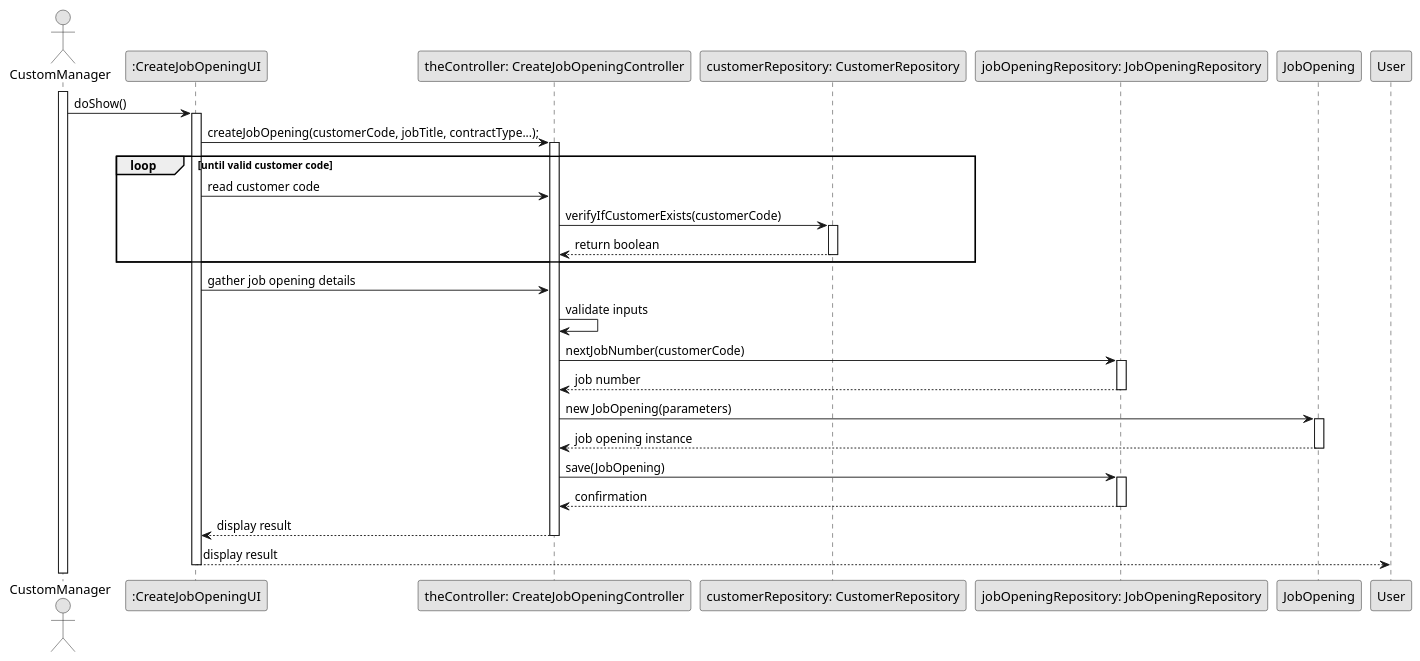
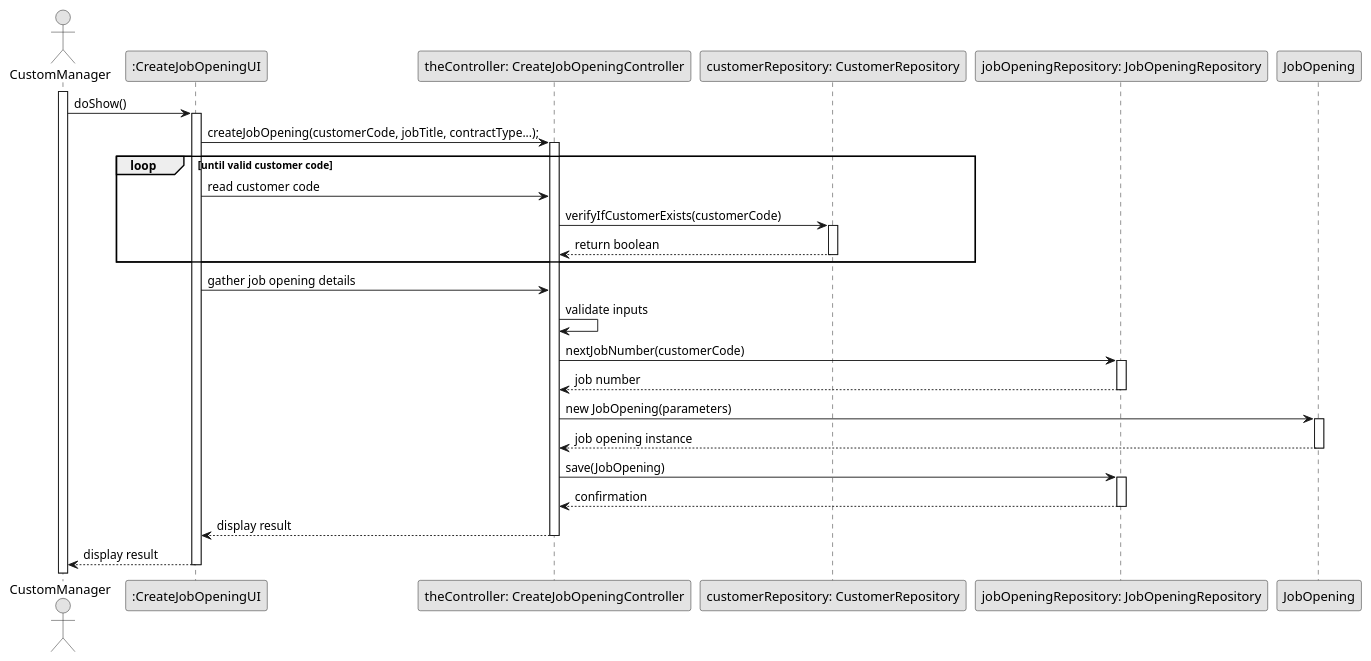
The diagram in docs/sprintB/US1002/03.design/puml/SD_RegisterJobOpening.puml (Mendoncaa/LAPR4), drawn with PlantUML before and after one commit. The commit also changed 1 other file, not shown here.

```diff
--- a/docs/sprintB/US1002/03.design/puml/SD_RegisterJobOpening.puml
+++ b/docs/sprintB/US1002/03.design/puml/SD_RegisterJobOpening.puml
@@ -1,51 +1,51 @@
 @startuml
 skinparam monochrome true
 skinparam packageStyle rectangle
 skinparam shadowing false
 
 actor "CustomManager" as CustomManager
 participant ":CreateJobOpeningUI" as CreateJobOpeningUI
 participant "theController: CreateJobOpeningController" as CreateJobOpeningController
 participant "customerRepository: CustomerRepository" as CustomerRepository
 participant "jobOpeningRepository: JobOpeningRepository" as JobOpeningRepository
 participant "JobOpening" as JobOpening
 
 activate CustomManager
 CustomManager -> CreateJobOpeningUI : doShow()
 activate CreateJobOpeningUI
 
 CreateJobOpeningUI -> CreateJobOpeningController : createJobOpening(customerCode, jobTitle, contractType...);
 activate CreateJobOpeningController
 
 loop until valid customer code
     CreateJobOpeningUI -> CreateJobOpeningController : read customer code
     CreateJobOpeningController -> CustomerRepository : verifyIfCustomerExists(customerCode)
     activate CustomerRepository
     CustomerRepository --> CreateJobOpeningController : return boolean
     deactivate CustomerRepository
 end
 
 CreateJobOpeningUI -> CreateJobOpeningController : gather job opening details
 CreateJobOpeningController -> CreateJobOpeningController : validate inputs
 
 CreateJobOpeningController -> JobOpeningRepository : nextJobNumber(customerCode)
 activate JobOpeningRepository
 JobOpeningRepository --> CreateJobOpeningController : job number
 deactivate JobOpeningRepository
 
 CreateJobOpeningController -> JobOpening : new JobOpening(parameters)
 activate JobOpening
 JobOpening --> CreateJobOpeningController : job opening instance
 deactivate JobOpening
 
 CreateJobOpeningController -> JobOpeningRepository : save(JobOpening)
 activate JobOpeningRepository
 JobOpeningRepository --> CreateJobOpeningController : confirmation
 deactivate JobOpeningRepository
 
 CreateJobOpeningController --> CreateJobOpeningUI : display result
 deactivate CreateJobOpeningController
 
-CreateJobOpeningUI --> User : display result
+CreateJobOpeningUI --> CustomManager : display result
 deactivate CreateJobOpeningUI
 @enduml
```
